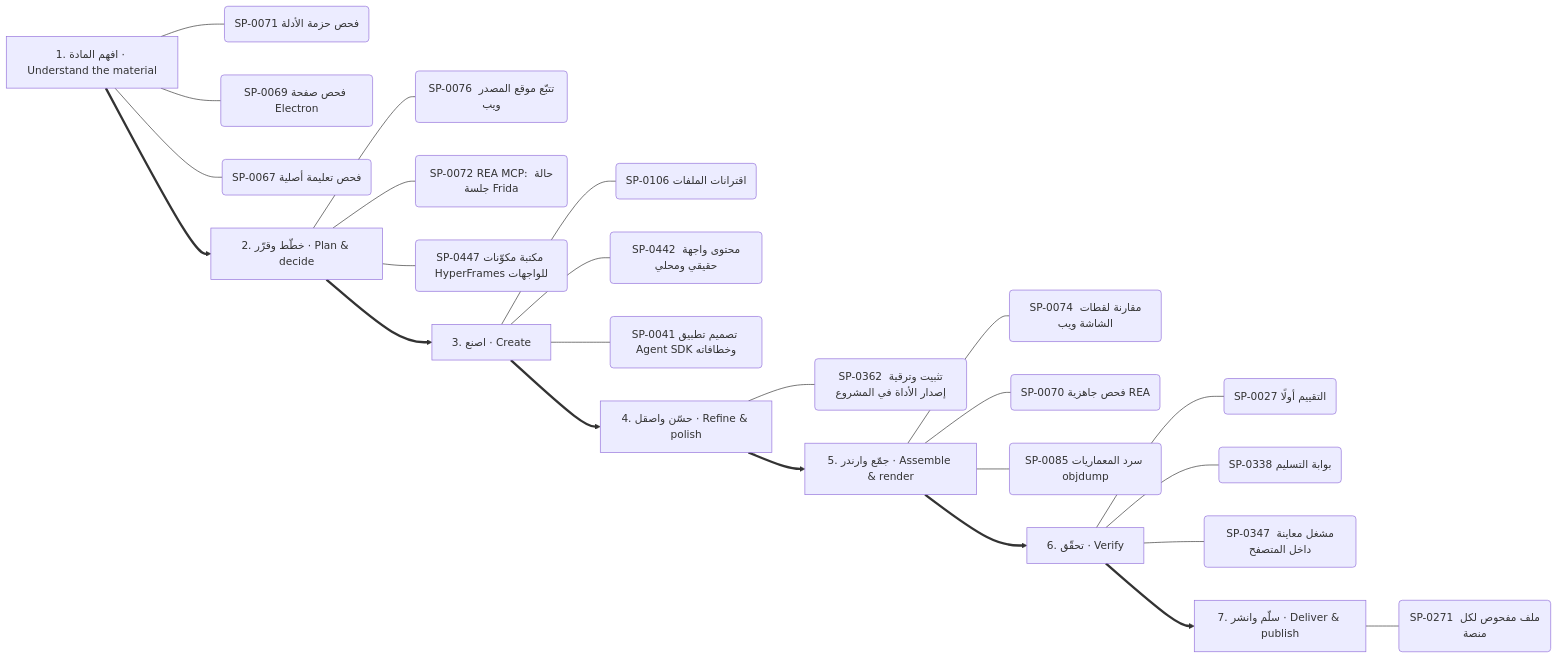
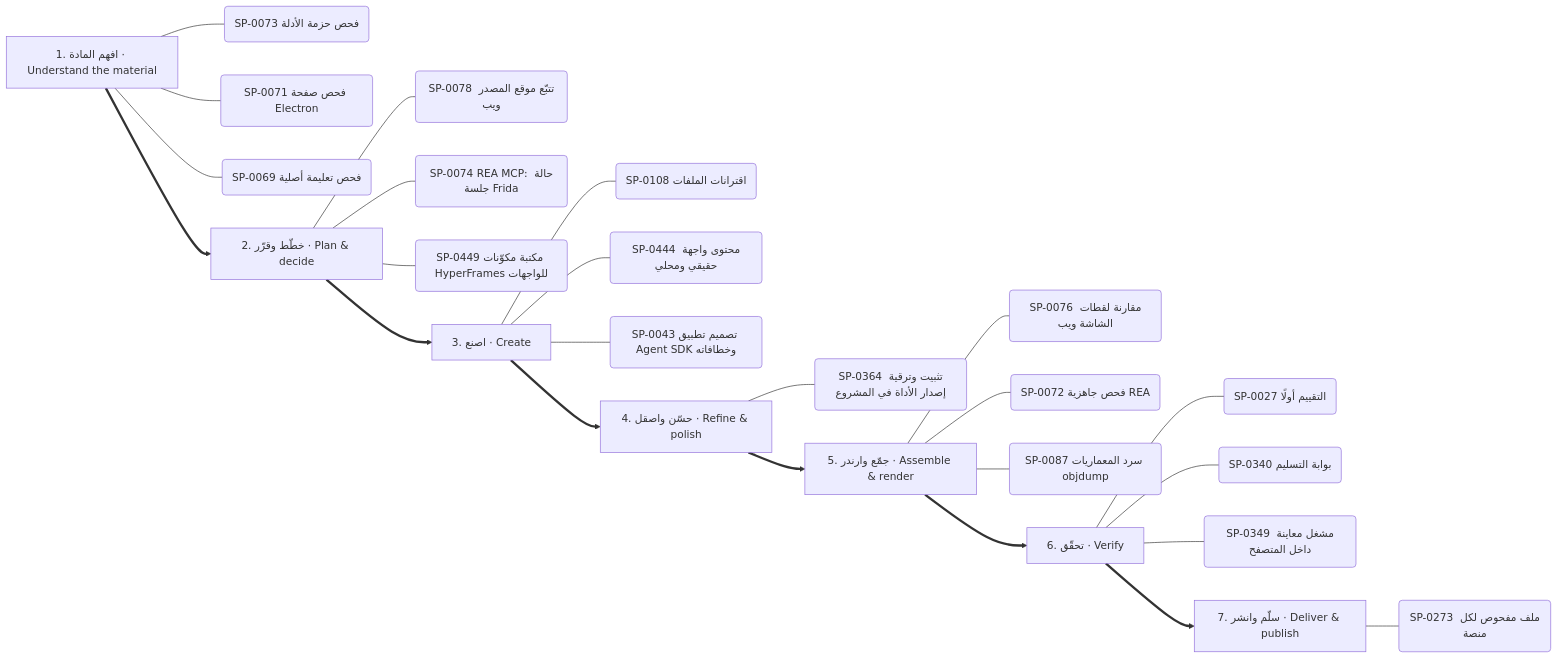
One commit to kosif199022-jpg/kosif-tool changed diagram 11 of 13 in .claude/skills/kosif-superpowers/references/capability-mindmap.md. Above: the diagram before and after it, drawn with Mermaid. The commit also changed other lines of this file and 65 other files, not shown here.

````diff
--- a/.claude/skills/kosif-superpowers/references/capability-mindmap.md
+++ b/.claude/skills/kosif-superpowers/references/capability-mindmap.md
@@ -546,33 +546,33 @@
 ```mermaid
 flowchart LR
   S0["1. افهم المادة · Understand the material"]
-  S0 --- S0_0("SP-0071 فحص حزمة الأدلة")
-  S0 --- S0_1("SP-0069 فحص صفحة Electron")
-  S0 --- S0_2("SP-0067 فحص تعليمة أصلية")
+  S0 --- S0_0("SP-0073 فحص حزمة الأدلة")
+  S0 --- S0_1("SP-0071 فحص صفحة Electron")
+  S0 --- S0_2("SP-0069 فحص تعليمة أصلية")
   S1["2. خطّط وقرّر · Plan & decide"]
-  S1 --- S1_0("SP-0076 تتبّع موقع المصدر ويب")
-  S1 --- S1_1("SP-0072 REA MCP: حالة جلسة Frida")
-  S1 --- S1_2("SP-0447 مكتبة مكوّنات HyperFrames للواجهات")
+  S1 --- S1_0("SP-0078 تتبّع موقع المصدر ويب")
+  S1 --- S1_1("SP-0074 REA MCP: حالة جلسة Frida")
+  S1 --- S1_2("SP-0449 مكتبة مكوّنات HyperFrames للواجهات")
   S0 ==> S1
   S2["3. اصنع · Create"]
-  S2 --- S2_0("SP-0106 اقترانات الملفات")
-  S2 --- S2_1("SP-0442 محتوى واجهة حقيقي ومحلي")
-  S2 --- S2_2("SP-0041 تصميم تطبيق Agent SDK وخطافاته")
+  S2 --- S2_0("SP-0108 اقترانات الملفات")
+  S2 --- S2_1("SP-0444 محتوى واجهة حقيقي ومحلي")
+  S2 --- S2_2("SP-0043 تصميم تطبيق Agent SDK وخطافاته")
   S1 ==> S2
   S3["4. حسّن واصقل · Refine & polish"]
-  S3 --- S3_0("SP-0362 تثبيت وترقية إصدار الأداة في المشروع")
+  S3 --- S3_0("SP-0364 تثبيت وترقية إصدار الأداة في المشروع")
   S2 ==> S3
   S4["5. جمّع وارندر · Assemble & render"]
-  S4 --- S4_0("SP-0074 مقارنة لقطات الشاشة ويب")
-  S4 --- S4_1("SP-0070 فحص جاهزية REA")
-  S4 --- S4_2("SP-0085 سرد المعماريات objdump")
+  S4 --- S4_0("SP-0076 مقارنة لقطات الشاشة ويب")
+  S4 --- S4_1("SP-0072 فحص جاهزية REA")
+  S4 --- S4_2("SP-0087 سرد المعماريات objdump")
   S3 ==> S4
   S5["6. تحقّق · Verify"]
   S5 --- S5_0("SP-0027 التقييم أولًا")
-  S5 --- S5_1("SP-0338 بوابة التسليم")
-  S5 --- S5_2("SP-0347 مشغل معاينة داخل المتصفح")
+  S5 --- S5_1("SP-0340 بوابة التسليم")
+  S5 --- S5_2("SP-0349 مشغل معاينة داخل المتصفح")
   S4 ==> S5
   S6["7. سلّم وانشر · Deliver & publish"]
-  S6 --- S6_0("SP-0271 ملف مفحوص لكل منصة")
+  S6 --- S6_0("SP-0273 ملف مفحوص لكل منصة")
   S5 ==> S6
 ```
````
